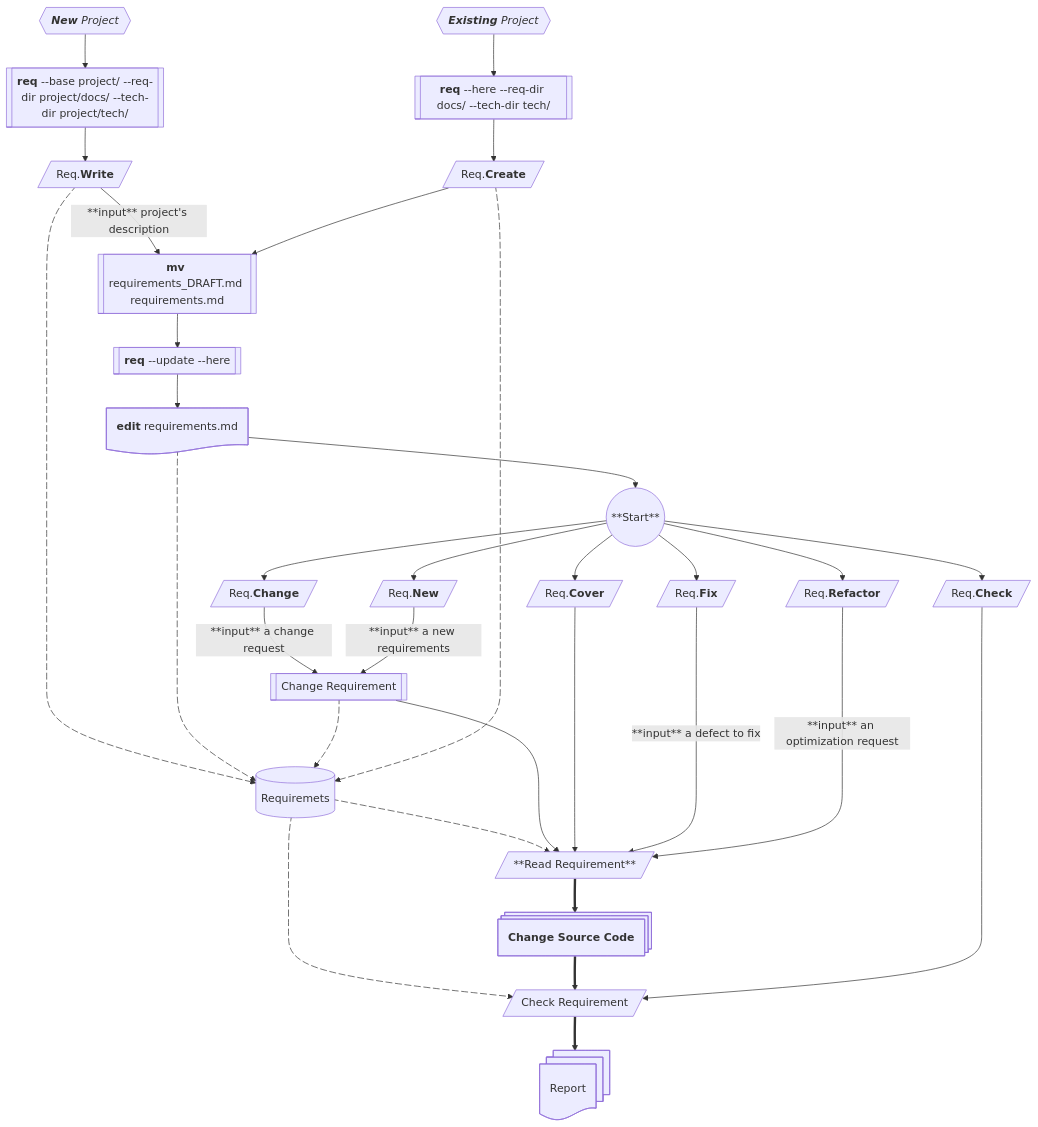
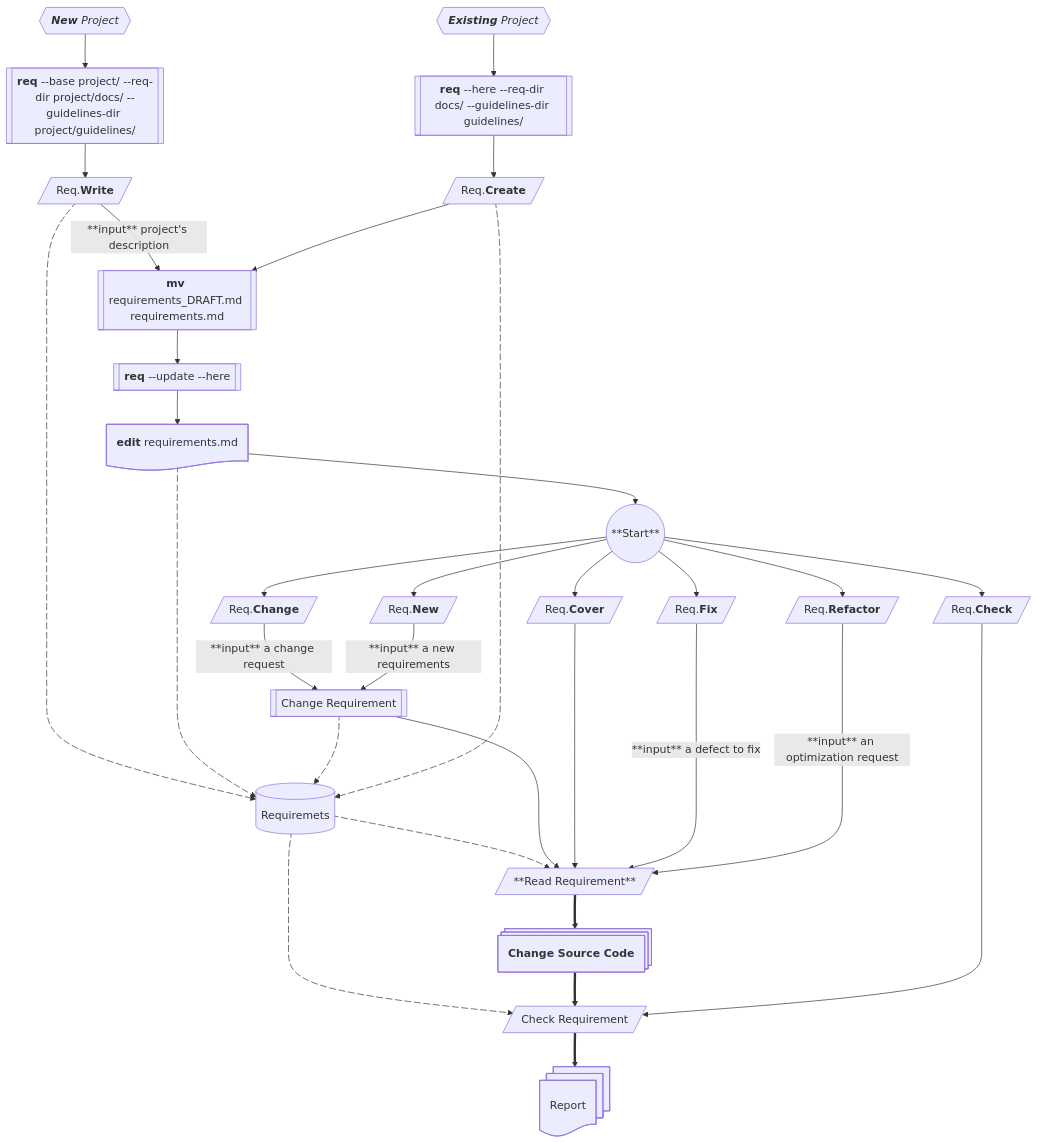
The diagram in images/flowchart.md (Ogekuri/useReq), drawn with Mermaid before and after one commit. The commit also changed 35 other files, not shown here.

````diff
--- a/images/flowchart.md
+++ b/images/flowchart.md
@@ -9,82 +9,82 @@
 ```mermaid
 flowchart TD
     %% Flowchart
     START((**Start**))
     NP@{ shape: hex, label: "***New*** *Project*"}
     EP@{ shape: hex, label: "***Existing*** *Project*"}
-    CMDNP@{ shape: subproc, label: "**req** --base project/ --req-dir project/docs/ --tech-dir project/tech/" }
-    CMDEP@{ shape: subproc, label: "**req** --here --req-dir docs/ --tech-dir tech/" }
+    CMDNP@{ shape: subproc, label: "**req** --base project/ --req-dir project/docs/ --guidelines-dir project/guidelines/" }
+    CMDEP@{ shape: subproc, label: "**req** --here --req-dir docs/ --guidelines-dir guidelines/" }
     CMDUPDATE@{ shape: subproc, label: "**req** --update --here" }
     EDIT@{ shape: doc, label: "**edit** requirements.md" }
     REQ[(Requiremets)]
     CHANGE@{ shape: lean-r, label: "Req.**Change**"}
     CHECK@{ shape: lean-r, label: "Req.**Check**"}
     COVER@{ shape: lean-r, label: "Req.**Cover**"}
     FIX@{ shape: lean-r, label: "Req.**Fix**"}
     NEW@{ shape: lean-r, label: "Req.**New**"}
     REFACTOR@{ shape: lean-r, label: "Req.**Refactor**"}
     WRITE@{ shape: lean-r, label: "Req.**Write**"}
     CREATE@{ shape: lean-r, label: "Req.**Create**"}
     RENAME@{ shape: subproc, label: "**mv** requirements_DRAFT.md requirements.md" }
     REQ_CHANGE[[Change Requirement]]
     REQ_READ[/**Read Requirement**/]
     REQ_CHECK[/Check Requirement/]
     CODE_CHANGE@{ shape: procs, label: "**Change Source Code**"}
     REPORT@{ shape: docs, label: "Report"}
 
     %% New Project
     NP --> CMDNP
     CMDNP --> WRITE
     WRITE -- **input** project's description --> RENAME
 
     %% Existing Project
     EP --> CMDEP
     CMDEP --> CREATE
     CREATE--> RENAME
     RENAME --> CMDUPDATE
     CMDUPDATE --> EDIT
     EDIT --> START
 
     %% Requirements
     REQ e1@-.-> REQ_READ
     e1@{ animate: true }
     REQ e2@-.-> REQ_CHECK
     e2@{ animate: true }
     WRITE e3@-.-> REQ
     e3@{ animate: true }
     EDIT e4@-.-> REQ
     e4@{ animate: true }
     REQ_CHANGE e5@-.-> REQ
     e5@{ animate: true }
     CREATE e6@-.-> REQ
     e6@{ animate: true }
 
     %% Change
     START --> CHANGE
     CHANGE -- **input** a change request --> REQ_CHANGE
     REQ_CHANGE --> REQ_READ
     REQ_READ ==> CODE_CHANGE
     CODE_CHANGE ==> REQ_CHECK
     REQ_CHECK ==> REPORT
     %% REPORT --> START
 
     %% Check
     START --> CHECK
     CHECK ------> REQ_CHECK
 
     %% Cover
     START --> COVER
     COVER ----> REQ_READ
 
     %% Fix
     START --> FIX
     FIX -- **input** a defect to fix ----> REQ_READ
 
     %% Refactor
     START --> REFACTOR
     REFACTOR -- **input** an optimization request ----> REQ_READ
 
     %% New
     START --> NEW
     NEW -- **input** a new requirements--> REQ_CHANGE 
 ```
````
